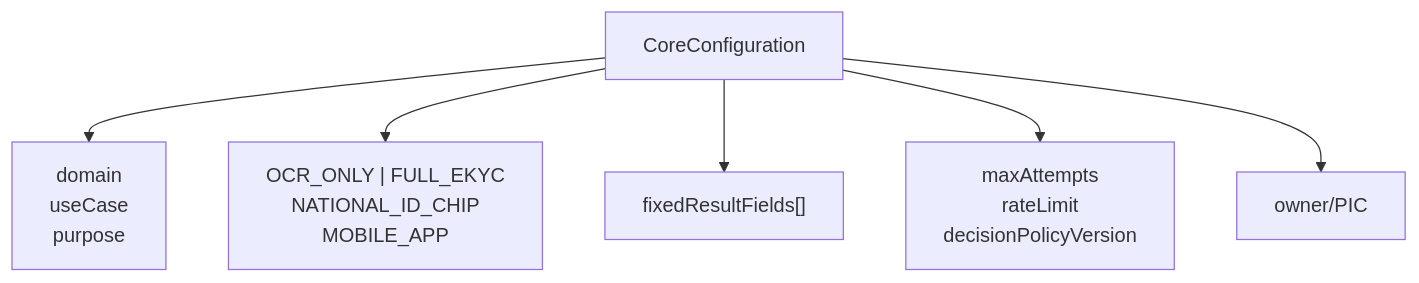
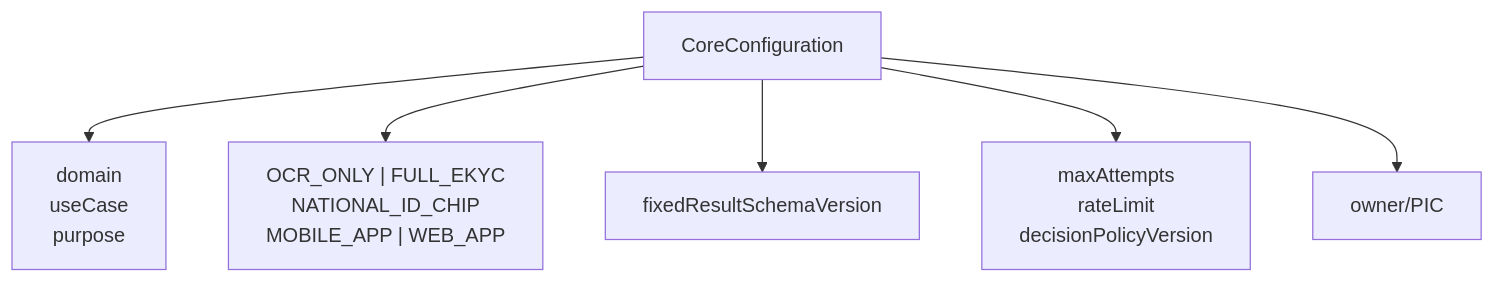
One commit to huynv-xyz/vhm changed the sixth of 24 diagrams in tdd2.md. Above: the diagram before and after it, drawn with Mermaid. The commit also changed other lines of this file, not shown here.

````diff
--- a/tdd2.md
+++ b/tdd2.md
@@ -554,8 +554,8 @@
 ```mermaid
 flowchart TB
     POLICY["CoreConfiguration"] --> IDENTITY["domain<br/>useCase<br/>purpose"]
-    POLICY --> JOURNEY["OCR_ONLY | FULL_EKYC<br/>NATIONAL_ID_CHIP<br/>MOBILE_APP"]
-    POLICY --> DATA["fixedResultFields[]"]
+    POLICY --> JOURNEY["OCR_ONLY | FULL_EKYC<br/>NATIONAL_ID_CHIP<br/>MOBILE_APP | WEB_APP"]
+    POLICY --> DATA["fixedResultSchemaVersion"]
     POLICY --> CONTROL["maxAttempts<br/>rateLimit<br/>decisionPolicyVersion"]
     POLICY --> OWNER["owner/PIC"]
 ```
````
